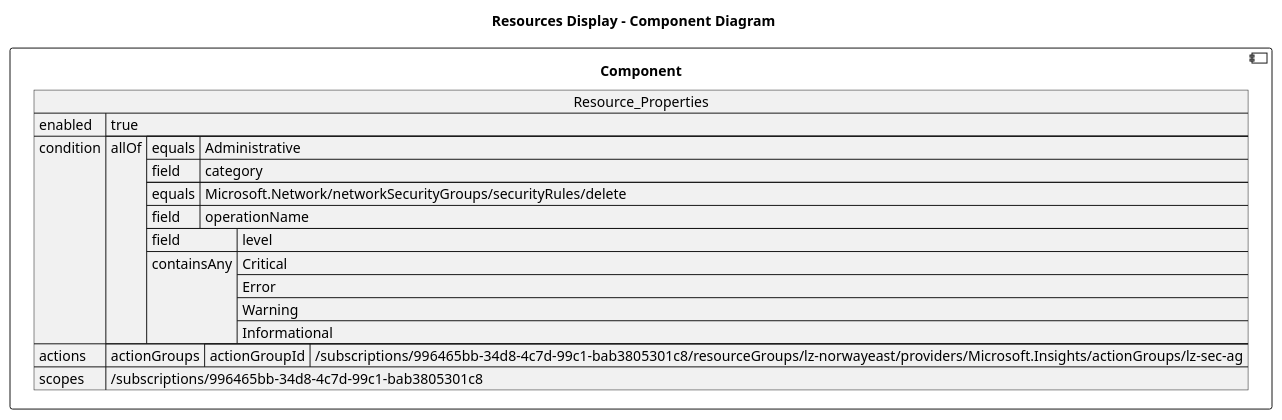
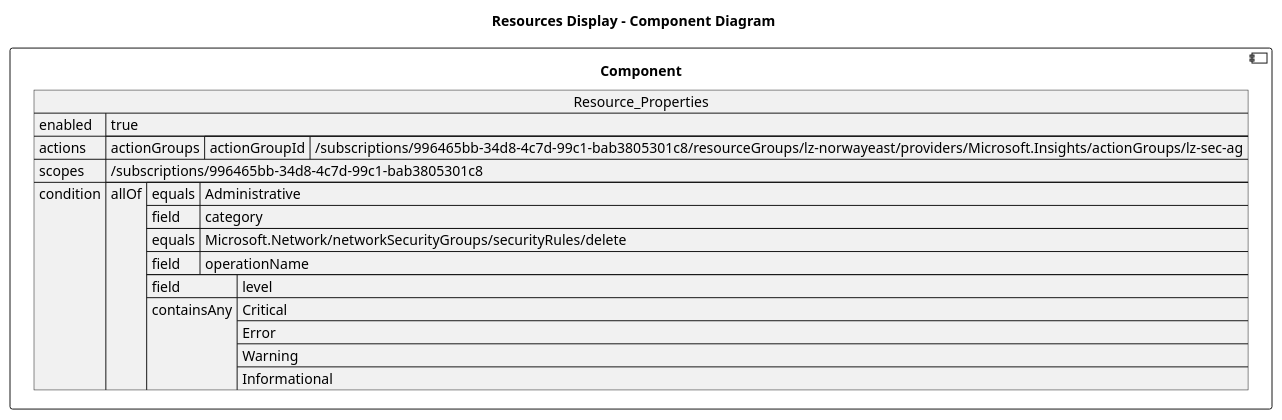
Before and after one commit to DanielAmpong/Test-Azure-architecture-diagram: the diagram in architectureDesign/PUML/lz-norwayeast_Resources/lz_net_nsgrule_delete_alert.puml, drawn with PlantUML. The commit also changed 305 other files, not shown here.

```diff
--- a/architectureDesign/PUML/lz-norwayeast_Resources/lz_net_nsgrule_delete_alert.puml
+++ b/architectureDesign/PUML/lz-norwayeast_Resources/lz_net_nsgrule_delete_alert.puml
@@ -1,42 +1,42 @@
 @startuml
 
 title Resources Display - Component Diagram
 
 component Component {
 
 json  Resource_Properties {
   "enabled": true,
+  "actions": {
+    "actionGroups": [
+      {
+        "actionGroupId": "/subscriptions/996465bb-34d8-4c7d-99c1-bab3805301c8/resourceGroups/lz-norwayeast/providers/Microsoft.Insights/actionGroups/lz-sec-ag"
+      }
+    ]
+  },
+  "scopes": [
+    "/subscriptions/996465bb-34d8-4c7d-99c1-bab3805301c8"
+  ],
   "condition": {
     "allOf": [
       {
         "equals": "Administrative",
         "field": "category"
       },
       {
         "equals": "Microsoft.Network/networkSecurityGroups/securityRules/delete",
         "field": "operationName"
       },
       {
         "field": "level",
         "containsAny": [
           "Critical",
           "Error",
           "Warning",
           "Informational"
         ]
       }
     ]
-  },
-  "actions": {
-    "actionGroups": [
-      {
-        "actionGroupId": "/subscriptions/996465bb-34d8-4c7d-99c1-bab3805301c8/resourceGroups/lz-norwayeast/providers/Microsoft.Insights/actionGroups/lz-sec-ag"
-      }
-    ]
-  },
-  "scopes": [
-    "/subscriptions/996465bb-34d8-4c7d-99c1-bab3805301c8"
-  ]
+  }
 }
 }
 @enduml
```
